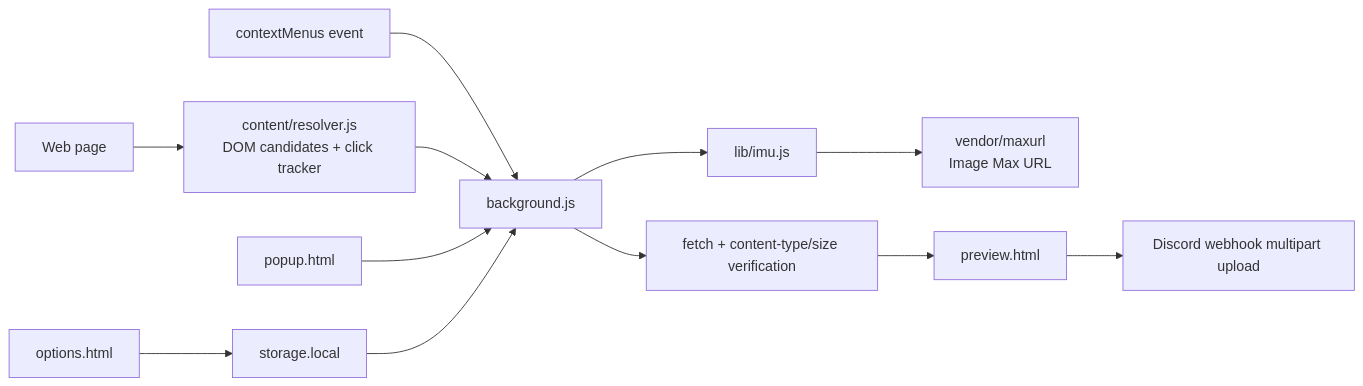
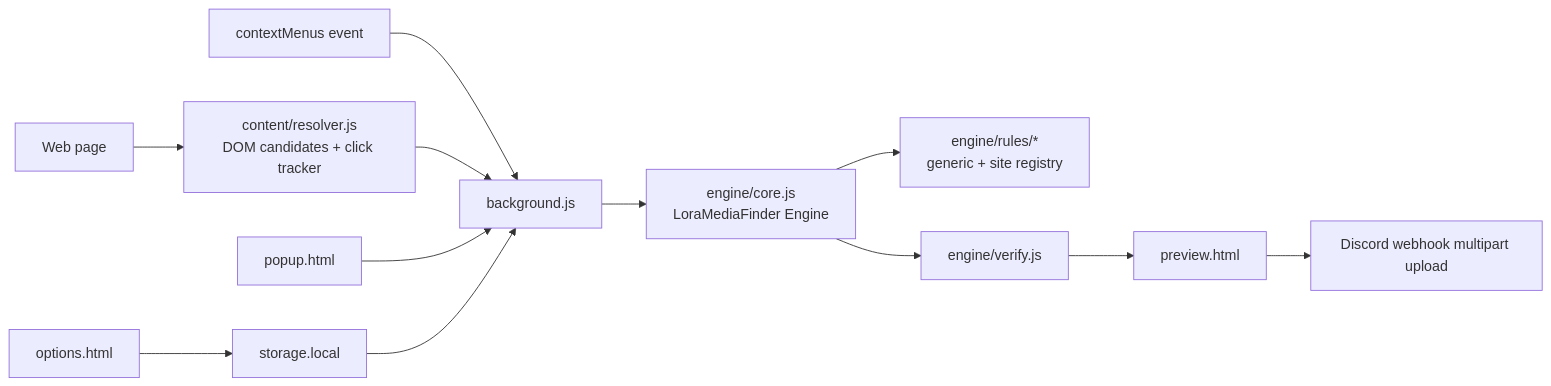
Before and after one commit to Maijied/Lorapok-Sorcerer: the diagram in docs/ARCHITECTURE.md, drawn with Mermaid. The commit also changed other lines of this file and 4 other files, not shown here.

Commit message:
Document LoraMediaFinder Engine

````diff
--- a/docs/ARCHITECTURE.md
+++ b/docs/ARCHITECTURE.md
@@ -6,14 +6,14 @@
 ```mermaid
 flowchart LR
   Page["Web page"] --> Content["content/resolver.js<br/>DOM candidates + click tracker"]
   Menu["contextMenus event"] --> Background["background.js"]
   Content --> Background
-  Background --> IMU["lib/imu.js"]
-  IMU --> MaxURL["vendor/maxurl<br/>Image Max URL"]
-  Background --> Verify["fetch + content-type/size verification"]
+  Background --> Engine["engine/core.js<br/>LoraMediaFinder Engine"]
+  Engine --> Rules["engine/rules/*<br/>generic + site registry"]
+  Engine --> Verify["engine/verify.js"]
   Verify --> Preview["preview.html"]
   Preview --> Discord["Discord webhook multipart upload"]
   Popup["popup.html"] --> Background
   Options["options.html"] --> Storage["storage.local"]
   Storage --> Background
 ```
````
